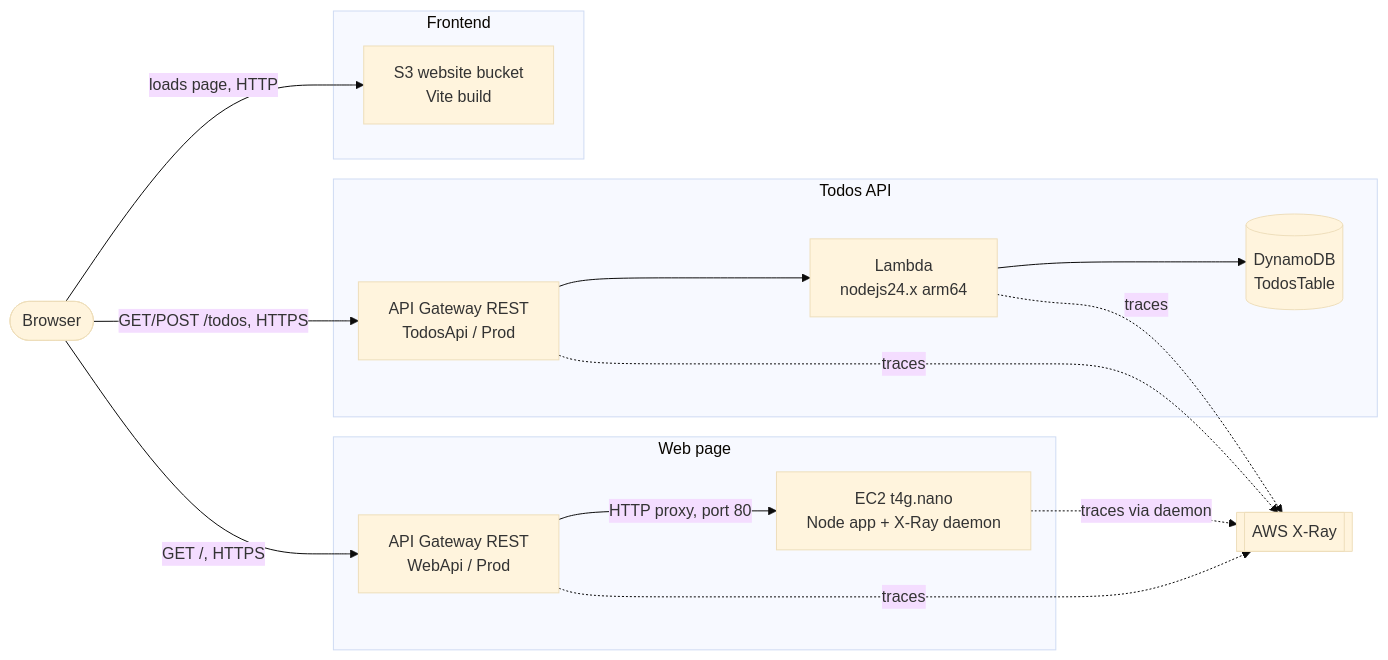
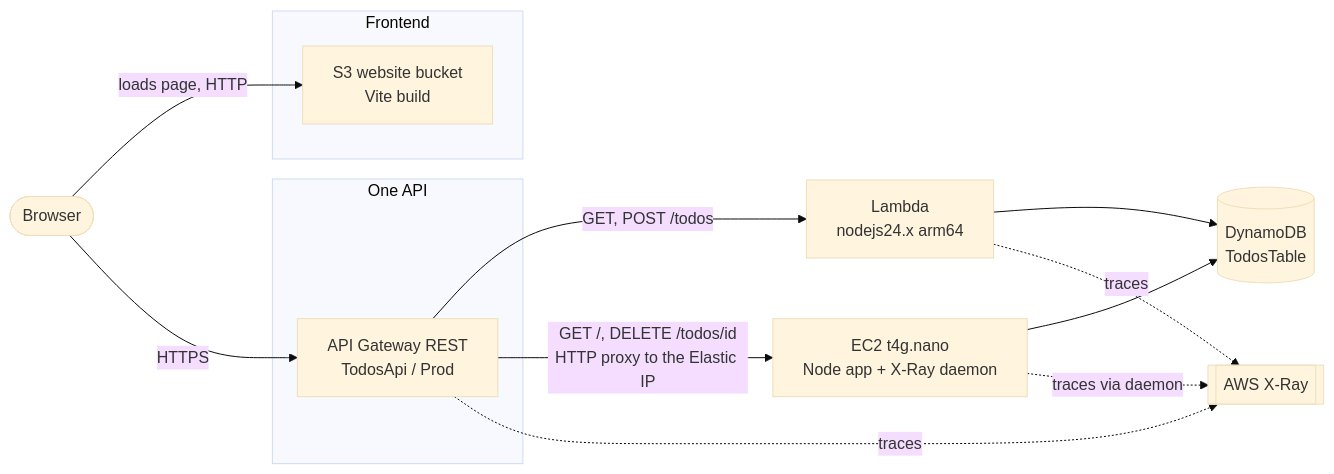
The first of 2 diagrams in architecture/infrastructure.md (juan19932carlos/aws-xray-example), drawn with Mermaid (base theme) before and after one commit. The commit also changed other lines of this file and 5 other files, not shown here.

Commit message:
refactor: merge both APIs into one API Gateway

````diff
--- a/architecture/infrastructure.md
+++ b/architecture/infrastructure.md
@@ -7,32 +7,27 @@
 ```mermaid
 flowchart LR
     Browser([Browser])
 
     subgraph Frontend
         S3[S3 website bucket<br/>Vite build]
     end
 
-    subgraph "Todos API"
-        TodosApi[API Gateway REST<br/>TodosApi / Prod]
-        Lambda[Lambda<br/>nodejs24.x arm64]
-        DDB[(DynamoDB<br/>TodosTable)]
+    subgraph "One API"
+        Api[API Gateway REST<br/>TodosApi / Prod]
     end
 
-    subgraph "Web page"
-        WebApi[API Gateway REST<br/>WebApi / Prod]
-        EC2[EC2 t4g.nano<br/>Node app + X-Ray daemon]
-    end
-
+    Lambda[Lambda<br/>nodejs24.x arm64]
+    DDB[(DynamoDB<br/>TodosTable)]
+    EC2[EC2 t4g.nano<br/>Node app + X-Ray daemon]
     XRay[[AWS X-Ray]]
 
     Browser -->|loads page, HTTP| S3
-    Browser -->|GET/POST /todos, HTTPS| TodosApi
-    TodosApi --> Lambda --> DDB
-    Browser -->|GET /, HTTPS| WebApi
-    WebApi -->|HTTP proxy, port 80| EC2
+    Browser -->|HTTPS| Api
+    Api -->|GET, POST /todos| Lambda --> DDB
+    Api -->|GET /, DELETE /todos/id<br/>HTTP proxy to the Elastic IP| EC2
+    EC2 --> DDB
 
-    TodosApi -.traces.-> XRay
+    Api -.traces.-> XRay
     Lambda -.traces.-> XRay
-    WebApi -.traces.-> XRay
     EC2 -.traces via daemon.-> XRay
 ```
````
